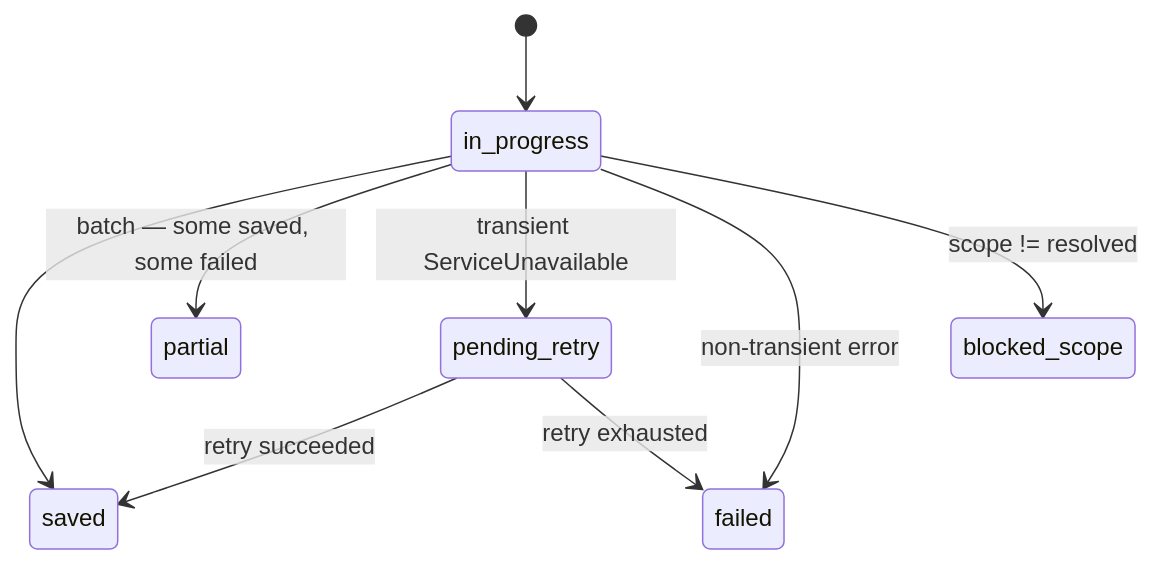
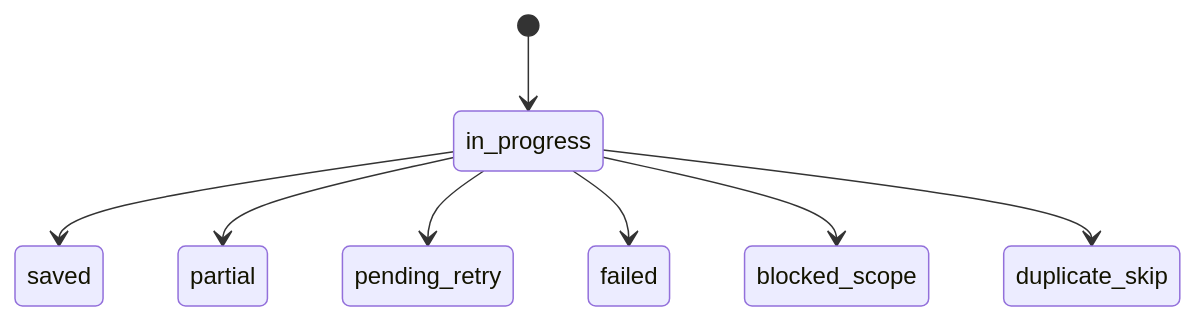
The second of 2 diagrams in docs/architecture/engines.md (khoavu882/graphbase-memories-mcp), drawn with Mermaid before and after one commit. The commit also changed other lines of this file and 20 other files, not shown here.

````diff
--- a/docs/architecture/engines.md
+++ b/docs/architecture/engines.md
@@ -98,12 +65,10 @@
 ```mermaid
 stateDiagram-v2
     [*] --> in_progress
     in_progress --> saved
-    in_progress --> partial : batch — some saved, some failed
-    in_progress --> pending_retry : transient ServiceUnavailable
-    in_progress --> failed : non-transient error
-    in_progress --> blocked_scope : scope != resolved
-
-    pending_retry --> saved : retry succeeded
-    pending_retry --> failed : retry exhausted
+    in_progress --> partial
+    in_progress --> pending_retry
+    in_progress --> failed
+    in_progress --> blocked_scope
+    in_progress --> duplicate_skip
 ```
````
